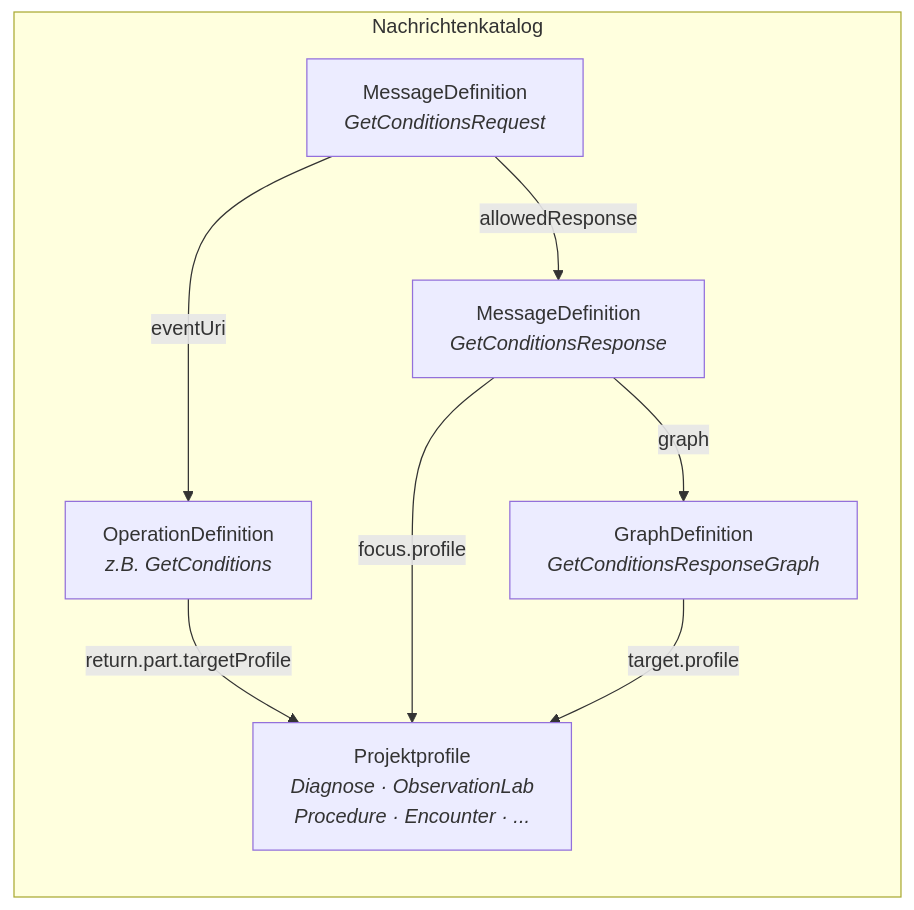
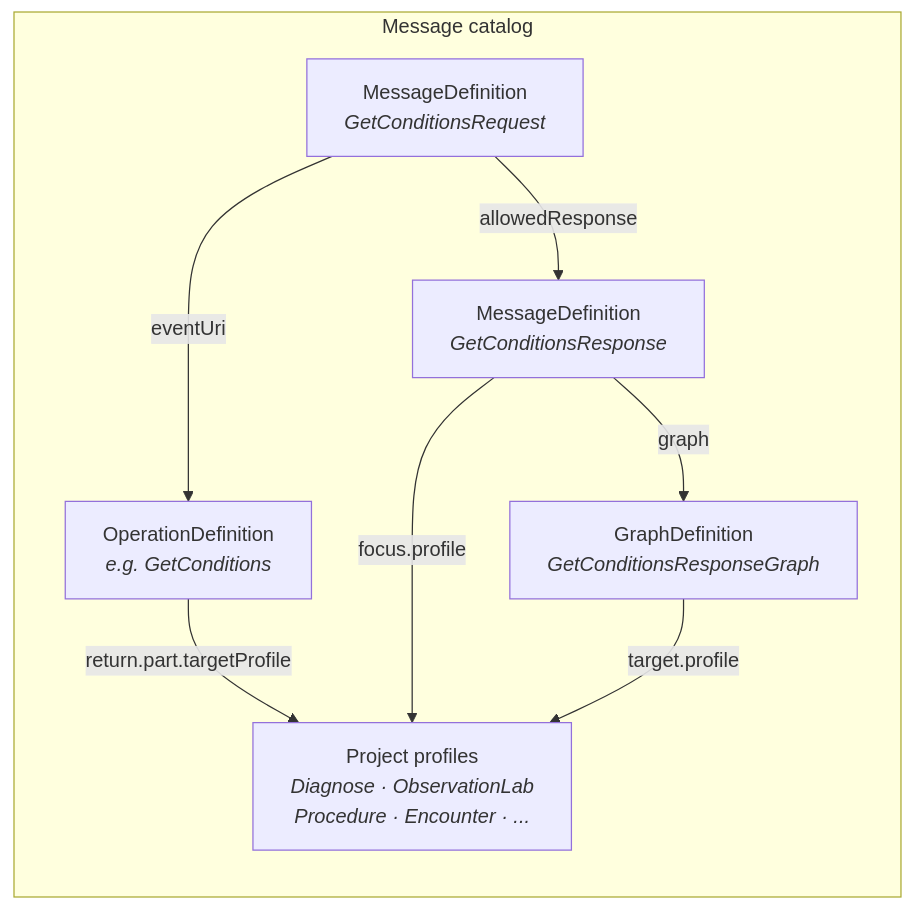
The fourth of 9 diagrams in docs/ARCHITECTURE.md (forschungsgruppe-digital-health/pds-query-broker), drawn with Mermaid before and after one commit. The commit also changed other lines of this file and 40 other files, not shown here.

````diff
--- a/docs/ARCHITECTURE.md
+++ b/docs/ARCHITECTURE.md
@@ -186,17 +186,17 @@
 ```mermaid
 graph LR
-    subgraph "Nachrichtenkatalog"
-        OPDEF["OperationDefinition<br/><i>z.B. GetConditions</i>"]
+    subgraph "Message catalog"
+        OPDEF["OperationDefinition<br/><i>e.g. GetConditions</i>"]
         MSGDEF_REQ["MessageDefinition<br/><i>GetConditionsRequest</i>"]
         MSGDEF_RESP["MessageDefinition<br/><i>GetConditionsResponse</i>"]
         GRAPHDEF["GraphDefinition<br/><i>GetConditionsResponseGraph</i>"]
-        KDS["Projektprofile<br/><i>Diagnose · ObservationLab<br/>Procedure · Encounter · ...</i>"]
+        KDS["Project profiles<br/><i>Diagnose · ObservationLab<br/>Procedure · Encounter · ...</i>"]
     end
 
     MSGDEF_REQ -->|"eventUri"| OPDEF
     MSGDEF_REQ -->|"allowedResponse"| MSGDEF_RESP
     MSGDEF_RESP -->|"graph"| GRAPHDEF
     OPDEF -->|"return.part.targetProfile"| KDS
     MSGDEF_RESP -->|"focus.profile"| KDS
     GRAPHDEF -->|"target.profile"| KDS
 ```
````
